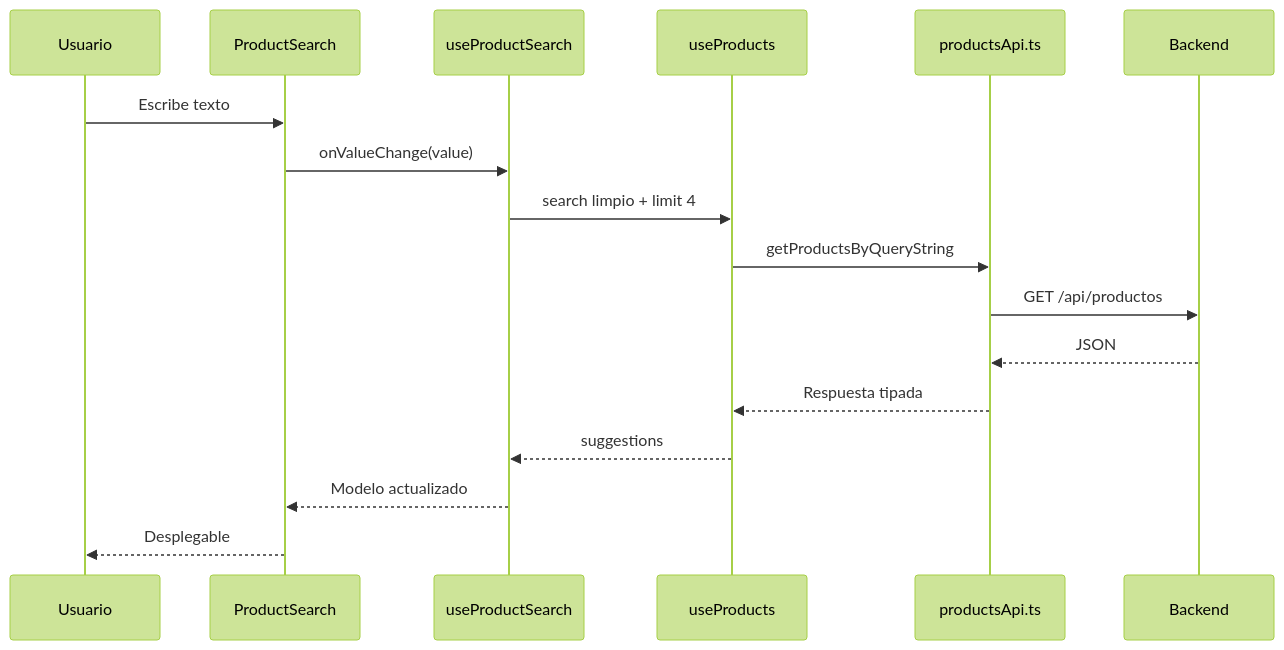
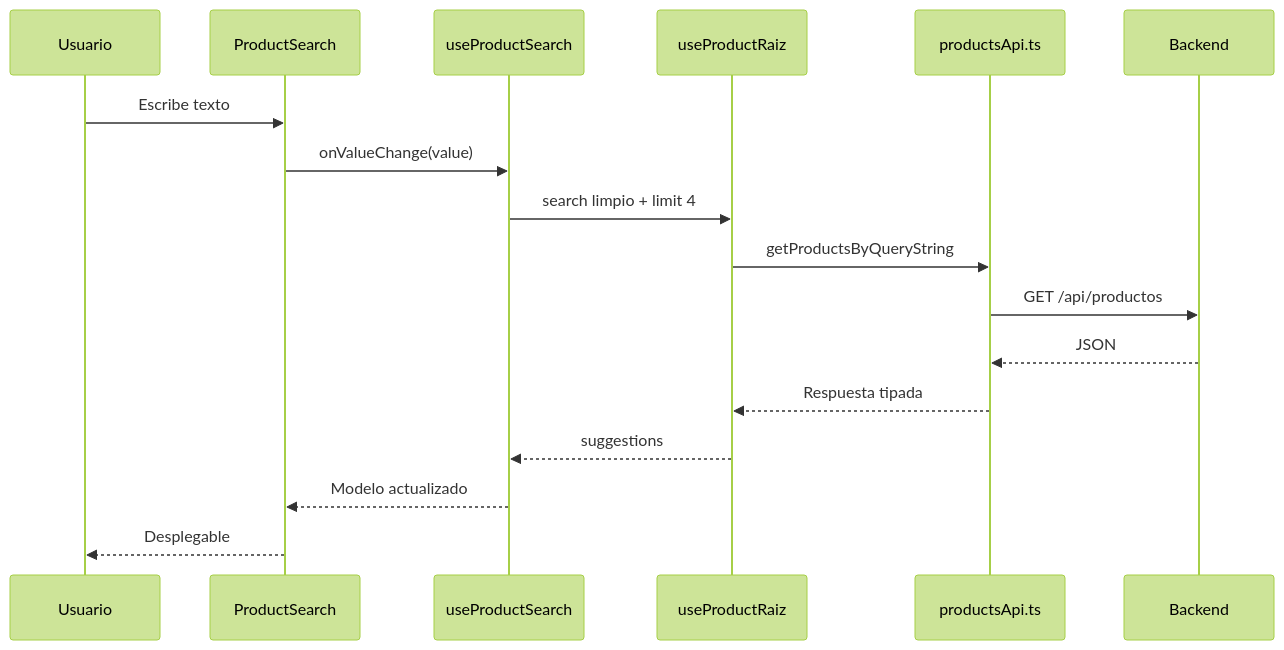
One commit to BrandonAlbertt/ecommerce-sosaimpor-frontend changed the third of 4 diagrams in documentacion/GUIA_BARRA_BUSQUEDA_PRODUCTOS.md. Above: the diagram before and after it, drawn with Mermaid (forest theme). The commit also changed other lines of this file and 23 other files, not shown here.

````diff
--- a/documentacion/GUIA_BARRA_BUSQUEDA_PRODUCTOS.md
+++ b/documentacion/GUIA_BARRA_BUSQUEDA_PRODUCTOS.md
@@ -56,20 +56,20 @@
 ```mermaid
 sequenceDiagram
   participant U as Usuario
   participant UI as ProductSearch
   participant Hook as useProductSearch
-  participant Products as useProducts
+  participant Products as useProductRaiz
   participant API as productsApi.ts
   participant Backend as Backend
 
   U->>UI: Escribe texto
   UI->>Hook: onValueChange(value)
   Hook->>Products: search limpio + limit 4
   Products->>API: getProductsByQueryString
   API->>Backend: GET /api/productos
   Backend-->>API: JSON
   API-->>Products: Respuesta tipada
   Products-->>Hook: suggestions
   Hook-->>UI: Modelo actualizado
   UI-->>U: Desplegable
 ```
````
